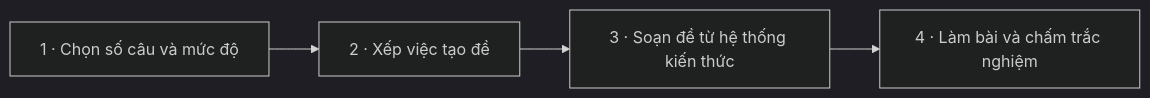
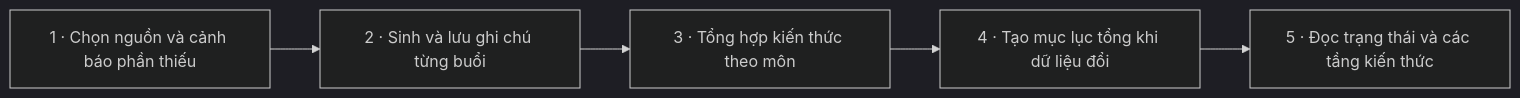
Diagram 21 of 22 in docs/WORKFLOW.md (Thequancute215-sys/cun-zoom), drawn with Mermaid (dark theme) before and after one commit. The commit also changed other lines of this file and 33 other files, not shown here.

Commit message:
Add account OTP and one-time license flow with deployment handover

````diff
--- a/docs/WORKFLOW.md
+++ b/docs/WORKFLOW.md
@@ -490,10 +691,12 @@
 ```mermaid
 flowchart LR
-  s1["1 · Chọn số câu và mức độ"]
-  s2["2 · Xếp việc tạo đề"]
+  s1["1 · Chọn nguồn và cảnh báo phần thiếu"]
+  s2["2 · Sinh và lưu ghi chú từng buổi"]
   s1 --> s2
-  s3["3 · Soạn đề từ hệ thống kiến thức"]
+  s3["3 · Tổng hợp kiến thức theo môn"]
   s2 --> s3
-  s4["4 · Làm bài và chấm trắc nghiệm"]
+  s4["4 · Tạo mục lục tổng khi dữ liệu đổi"]
   s3 --> s4
+  s5["5 · Đọc trạng thái và các tầng kiến thức"]
+  s4 --> s5
 ```
````
